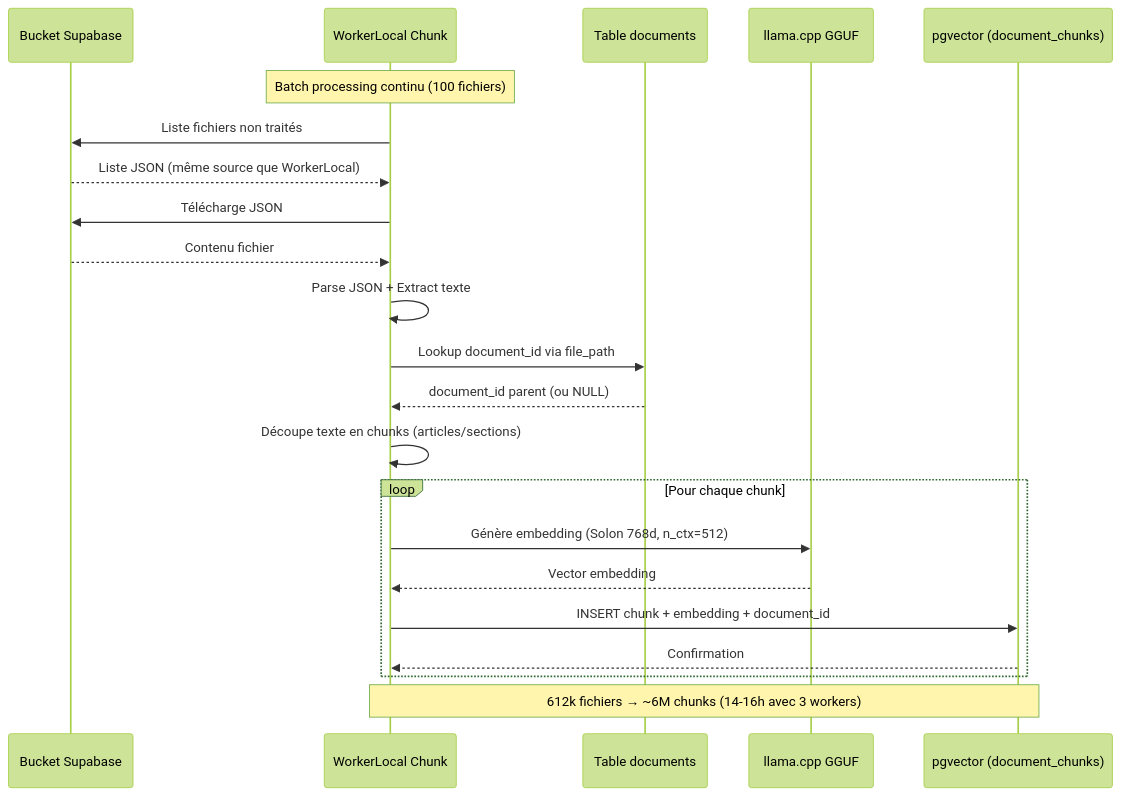
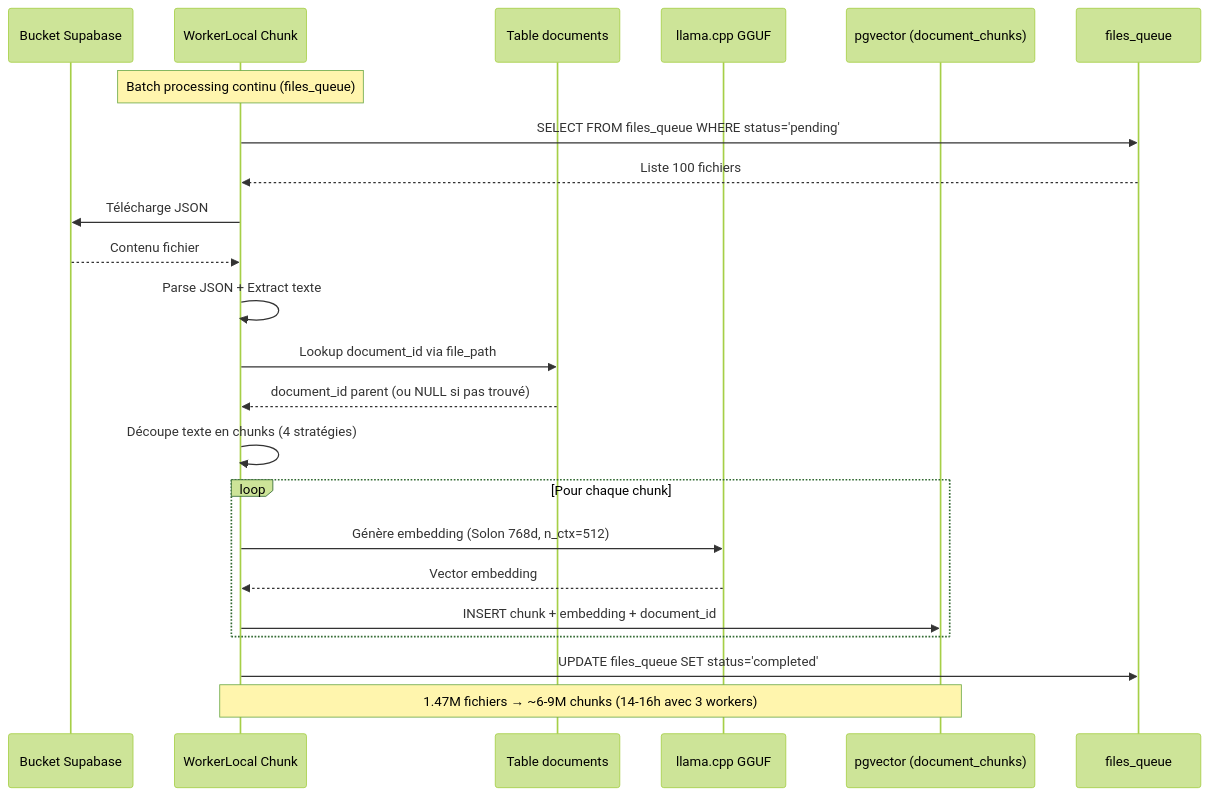
Before and after one commit to Volgine/Documentations-Projets-ArchiReg: the sixth of 6 diagrams in 01-ARCHITECTURE-GLOBALE.md, drawn with Mermaid (forest theme). The commit also changed other lines of this file and 3 other files, not shown here.

Commit message:
docs: Correction diagrammes Mermaid - Architecture réelle (3 Edge Functions, 2 Workers, files_queue, auto-sync, données actuelles)

````diff
--- a/01-ARCHITECTURE-GLOBALE.md
+++ b/01-ARCHITECTURE-GLOBALE.md
@@ -221,27 +233,30 @@
 ```mermaid
 sequenceDiagram
     participant BKT as Bucket Supabase
     participant WC as WorkerLocal Chunk
     participant DOC as Table documents
     participant GGUF as llama.cpp GGUF
     participant CHK as pgvector (document_chunks)
     
-    Note over WC: Batch processing continu (100 fichiers)
-    WC->>BKT: Liste fichiers non traités
-    BKT-->>WC: Liste JSON (même source que WorkerLocal)
+    participant FQ as files_queue
+    
+    Note over WC: Batch processing continu (files_queue)
+    WC->>FQ: SELECT FROM files_queue WHERE status='pending'
+    FQ-->>WC: Liste 100 fichiers
     WC->>BKT: Télécharge JSON
     BKT-->>WC: Contenu fichier
     WC->>WC: Parse JSON + Extract texte
     WC->>DOC: Lookup document_id via file_path
-    DOC-->>WC: document_id parent (ou NULL)
-    WC->>WC: Découpe texte en chunks (articles/sections)
+    DOC-->>WC: document_id parent (ou NULL si pas trouvé)
+    WC->>WC: Découpe texte en chunks (4 stratégies)
     
     loop Pour chaque chunk
         WC->>GGUF: Génère embedding (Solon 768d, n_ctx=512)
         GGUF-->>WC: Vector embedding
         WC->>CHK: INSERT chunk + embedding + document_id
-        CHK-->>WC: Confirmation
     end
     
-    Note over WC,CHK: 612k fichiers → ~6M chunks (14-16h avec 3 workers)
+    WC->>FQ: UPDATE files_queue SET status='completed'
+    
+    Note over WC,CHK: 1.47M fichiers → ~6-9M chunks (14-16h avec 3 workers)
 ```
````
